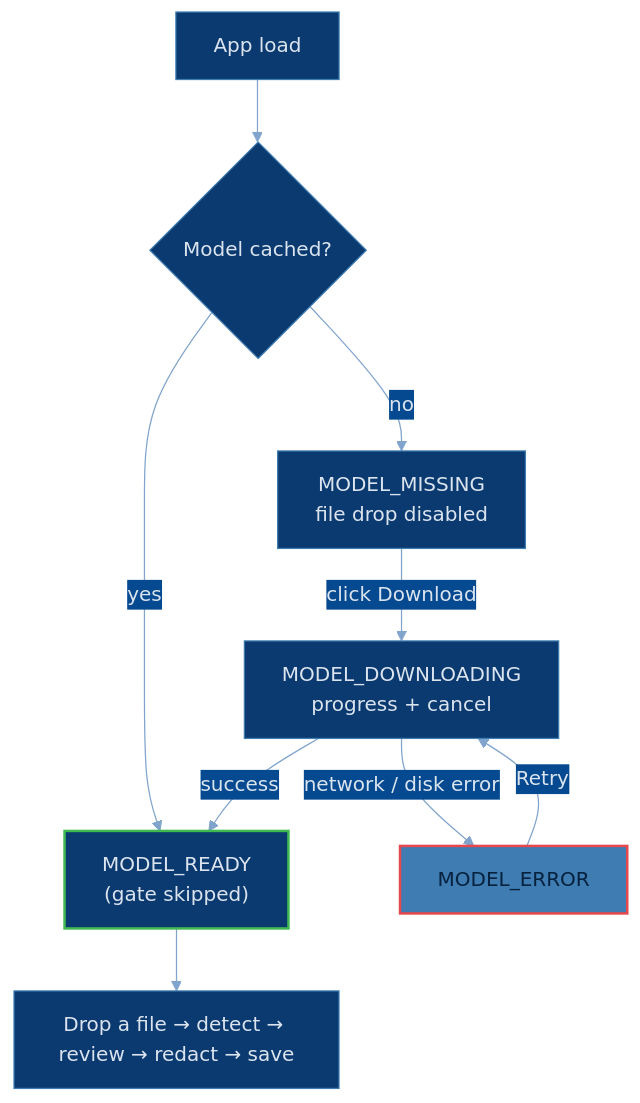
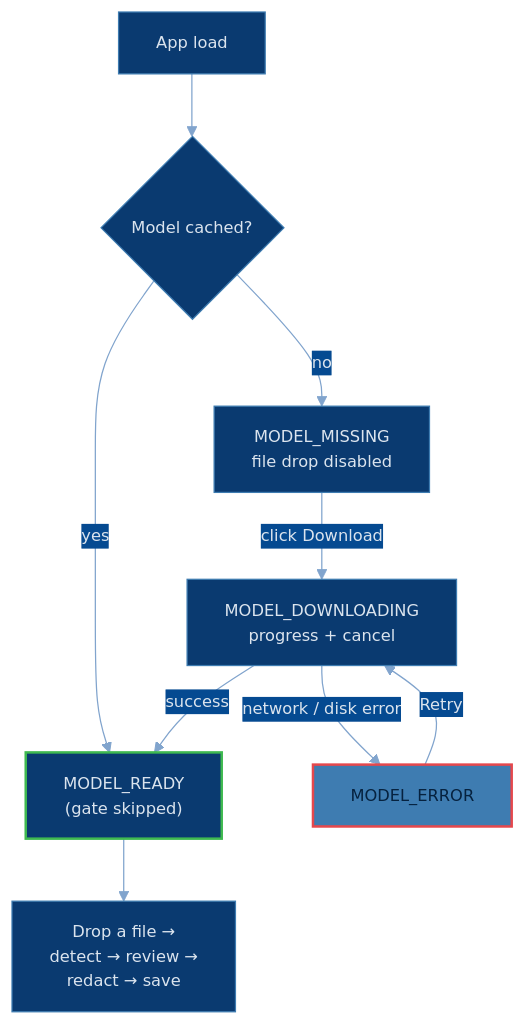
One commit to jamesgarner-me/redactyl changed the second of 3 diagrams in README.md. Above: the diagram before and after it, drawn with Mermaid. The commit also changed other lines of this file, not shown here.

````diff
--- a/README.md
+++ b/README.md
@@ -219,17 +88,17 @@
 ```mermaid
-%%{init: {'theme':'base','themeVariables':{'background':'#06223f','primaryColor':'#0a3a70','primaryTextColor':'#dbe4ee','primaryBorderColor':'#3e7cb1','lineColor':'#81a4cd','secondaryColor':'#054a91','tertiaryColor':'#054a91','fontFamily':'Inter, system-ui, sans-serif'}}}%%
+%%{init: {'theme':'base','themeVariables':{'background':'#06223f','primaryColor':'#0a3a70','primaryTextColor':'#dbe4ee','primaryBorderColor':'#3e7cb1','lineColor':'#81a4cd','secondaryColor':'#054a91','tertiaryColor':'#054a91','fontFamily':'Inter, system-ui, sans-serif','fontSize':'13px'}}}%%
 flowchart TD
     load["App load"] --> probe{"Model cached?"}
     probe -- "yes" --> ready["MODEL_READY<br/>(gate skipped)"]
     probe -- "no" --> missing["MODEL_MISSING<br/>file drop disabled"]
     missing -- "click Download" --> downloading["MODEL_DOWNLOADING<br/>progress + cancel"]
     downloading -- "success" --> ready
     downloading -- "network / disk error" --> error["MODEL_ERROR"]
     error -- "Retry" --> downloading
-    ready --> use["Drop a file → detect → review → redact → save"]
+    ready --> use["Drop a file →<br/>detect → review →<br/>redact → save"]
 
     class ready ok
     class error stop
     classDef ok fill:#0a3a70,stroke:#3fb950,color:#dbe4ee,stroke-width:2px;
     classDef stop fill:#3e7cb1,stroke:#e5484d,color:#06223f,stroke-width:2px;
 ```
````
